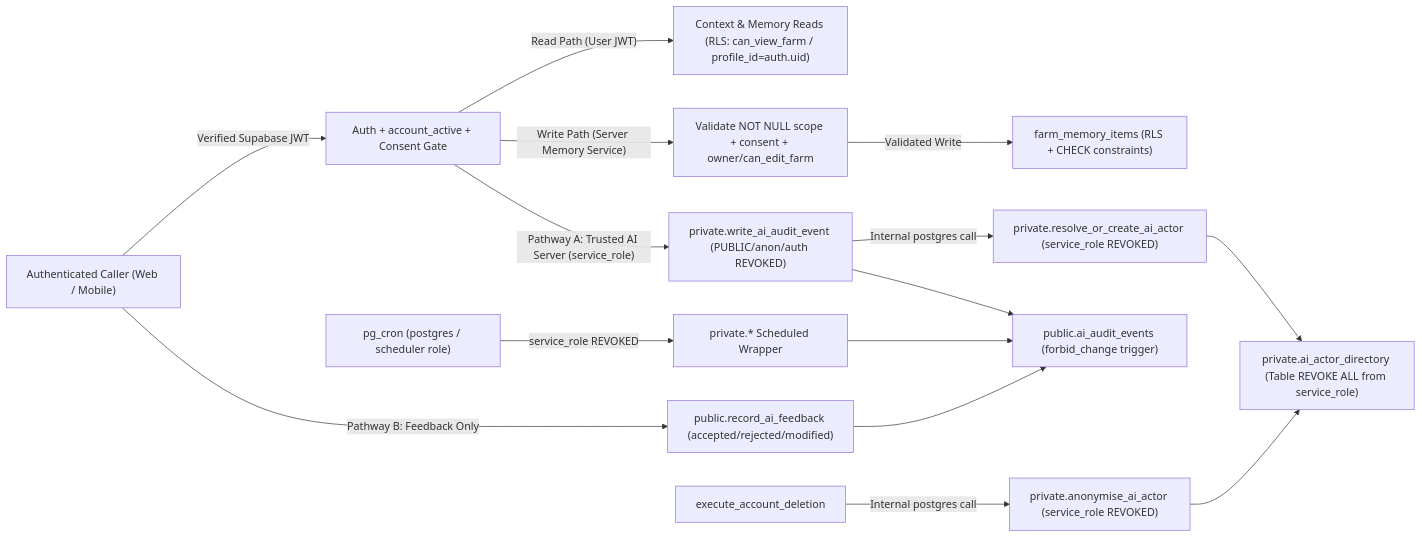
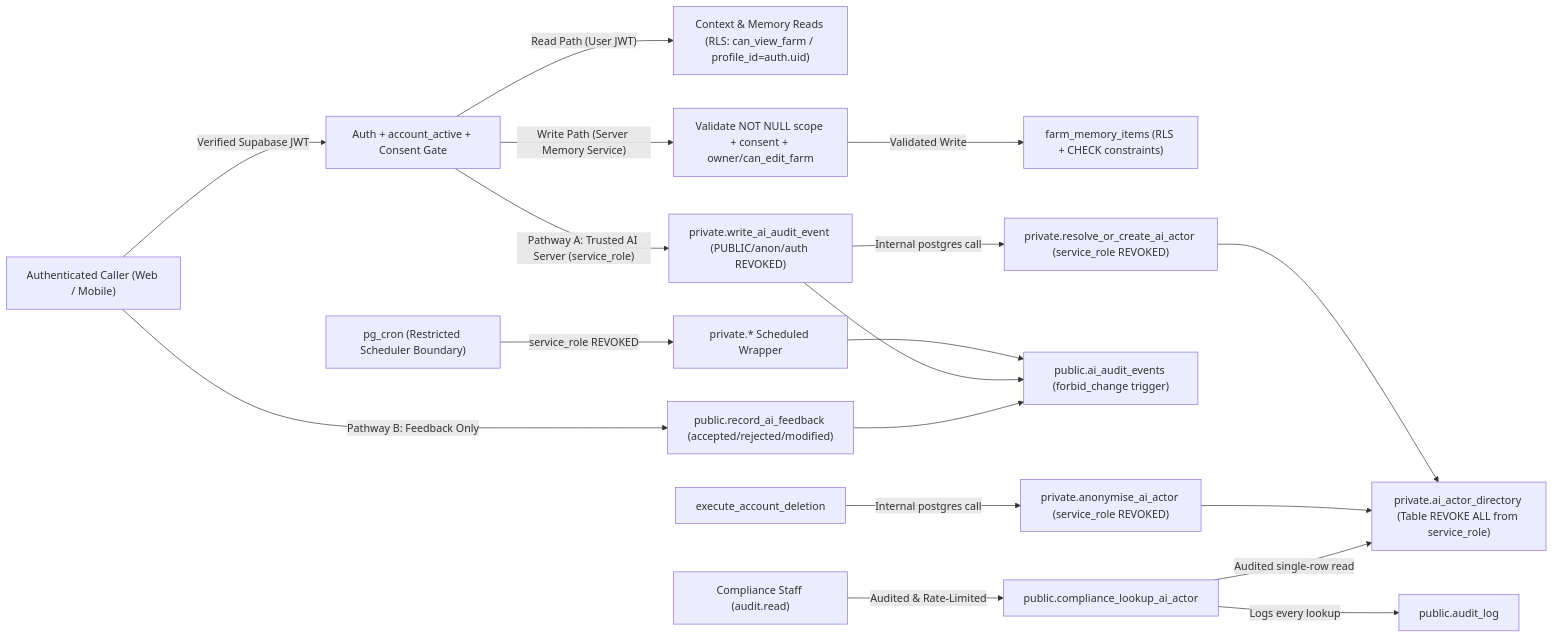
One commit to farmconnect-ux/cultivanode changed the diagram in docs/architecture/batch-03/BATCH_03_0_SECURITY_AND_GOVERNANCE.md. Above: the diagram before and after it, drawn with Mermaid. The commit also changed other lines of this file and 6 other files, not shown here.

Commit message:
docs(architecture): complete PR #12 final security clarifications

````diff
--- a/docs/architecture/batch-03/BATCH_03_0_SECURITY_AND_GOVERNANCE.md
+++ b/docs/architecture/batch-03/BATCH_03_0_SECURITY_AND_GOVERNANCE.md
@@ -11,17 +11,20 @@
 ```mermaid
 flowchart LR
   User["Authenticated Caller (Web / Mobile)"] -->|"Verified Supabase JWT"| Gate["Auth + account_active + Consent Gate"]
   Gate -->|"Read Path (User JWT)"| ReadDB["Context & Memory Reads (RLS: can_view_farm / profile_id=auth.uid)"]
   Gate -->|"Write Path (Server Memory Service)"| MemSvc["Validate NOT NULL scope + consent + owner/can_edit_farm"]
   MemSvc -->|"Validated Write"| MemDB["farm_memory_items (RLS + CHECK constraints)"]
   Gate -->|"Pathway A: Trusted AI Server (service_role)"| SrvAud["private.write_ai_audit_event (PUBLIC/anon/auth REVOKED)"]
   User -->|"Pathway B: Feedback Only"| FbRPC["public.record_ai_feedback (accepted/rejected/modified)"]
-  Cron["pg_cron (postgres / scheduler role)"] -->|"service_role REVOKED"| CronWrap["private.* Scheduled Wrapper"]
+  Compliance["Compliance Staff (audit.read)"] -->|"Audited & Rate-Limited"| CompRPC["public.compliance_lookup_ai_actor"]
+  Cron["pg_cron (Restricted Scheduler Boundary)"] -->|"service_role REVOKED"| CronWrap["private.* Scheduled Wrapper"]
   CronWrap --> AudDB["public.ai_audit_events (forbid_change trigger)"]
   SrvAud -->|"Internal postgres call"| ActFn["private.resolve_or_create_ai_actor (service_role REVOKED)"]
   DelFn["execute_account_deletion"] -->|"Internal postgres call"| AnonFn["private.anonymise_ai_actor (service_role REVOKED)"]
   ActFn --> Dir["private.ai_actor_directory (Table REVOKE ALL from service_role)"]
   AnonFn --> Dir
+  CompRPC -->|"Audited single-row read"| Dir
+  CompRPC -->|"Logs every lookup"| AuditLog["public.audit_log"]
   SrvAud --> AudDB
   FbRPC --> AudDB
 ```
````
